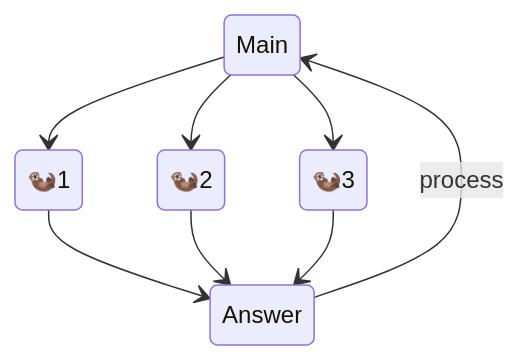
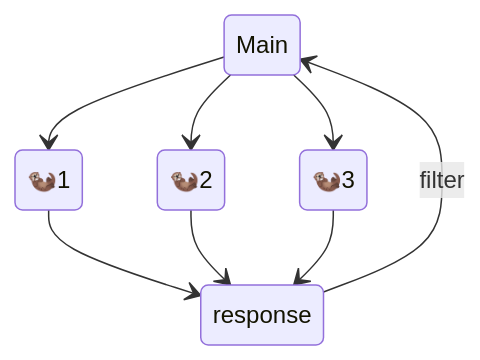
The diagram in README.md (jmbuhr/otter.nvim), drawn with Mermaid before and after one commit.

````diff
--- a/README.md
+++ b/README.md
@@ -56,10 +56,10 @@
 ```mermaid
 stateDiagram-v2
     Main --> 🦦1
     Main --> 🦦2
     Main --> 🦦3
-    🦦1 --> Answer
-    🦦2 --> Answer
-    🦦3 --> Answer
-    Answer --> Main: process
+    🦦1 --> response
+    🦦2 --> response
+    🦦3 --> response
+    response --> Main: filter
 ```
````
